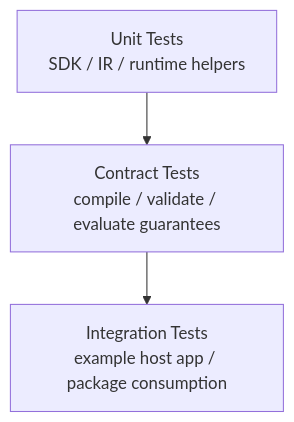
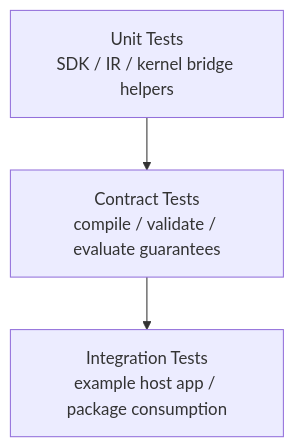
Before and after one commit to sergiorf/aleph3: the diagram in docs/sdk/testing_strategy.md, drawn with Mermaid. The commit also changed other lines of this file and 25 other files, not shown here.

````diff
--- a/docs/sdk/testing_strategy.md
+++ b/docs/sdk/testing_strategy.md
@@ -9,5 +9,5 @@
 ```mermaid
 flowchart TD
-    Unit["Unit Tests\nSDK / IR / runtime helpers"] --> Contract["Contract Tests\ncompile / validate / evaluate guarantees"]
+    Unit["Unit Tests\nSDK / IR / kernel bridge helpers"] --> Contract["Contract Tests\ncompile / validate / evaluate guarantees"]
     Contract --> Integration["Integration Tests\nexample host app / package consumption"]
 ```
````
